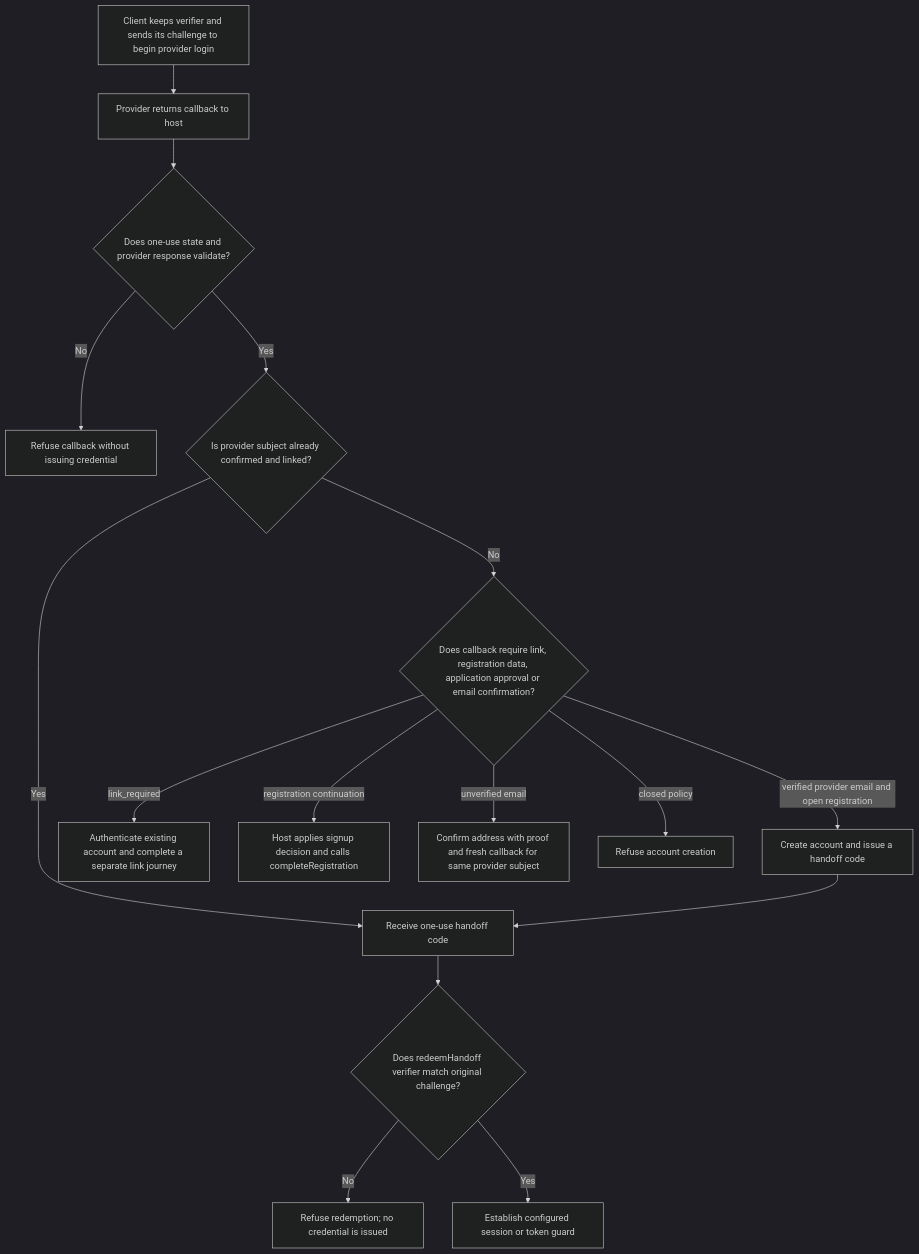
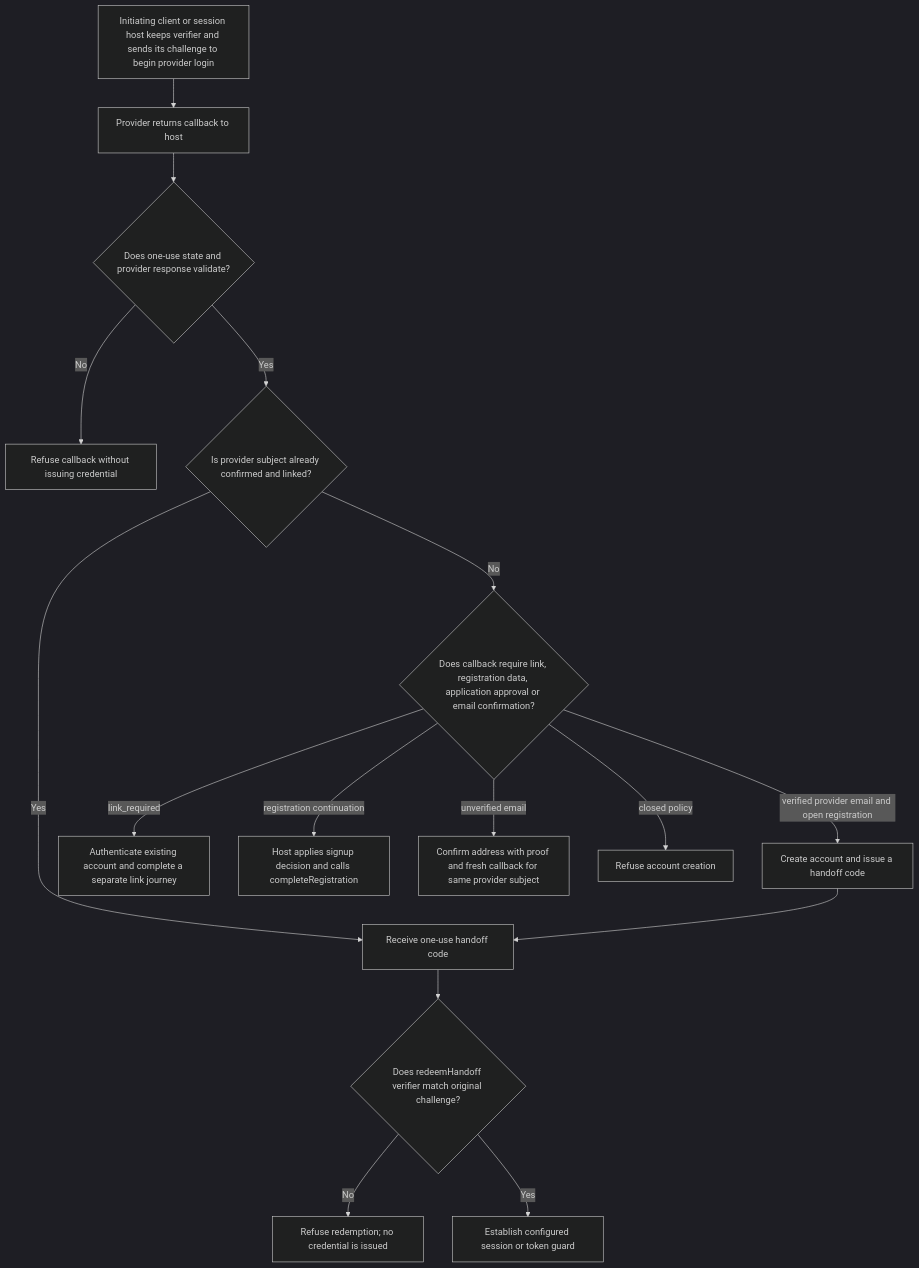
The first of 2 diagrams in user-stories/US-ACCOUNT-20-social-sign-in.md (Kevinjohn/oss-adonisjs-account-kit), drawn with Mermaid (dark theme) before and after one commit. The commit also changed other lines of this file and 15 other files, not shown here.

````diff
--- a/user-stories/US-ACCOUNT-20-social-sign-in.md
+++ b/user-stories/US-ACCOUNT-20-social-sign-in.md
@@ -20,18 +21,18 @@
 ```mermaid
 flowchart TD
- A["Client keeps verifier and sends its challenge to begin provider login"] --> B["Provider returns callback to host"]
+ A["Initiating client or session host keeps verifier and sends its challenge to begin provider login"] --> B["Provider returns callback to host"]
  B --> C{"Does one-use state and provider response validate?"}
  C -->|No| D["Refuse callback without issuing credential"]
  C -->|Yes| E{"Is provider subject already confirmed and linked?"}
  E -->|Yes| F["Receive one-use handoff code"]
  F --> G{"Does redeemHandoff verifier match original challenge?"}
  G -->|No| H["Refuse redemption; no credential is issued"]
  G -->|Yes| I["Establish configured session or token guard"]
  E -->|No| J{"Does callback require link, registration data, application approval or email confirmation?"}
  J -->|link_required| K["Authenticate existing account and complete a separate link journey"]
  J -->|registration continuation| L["Host applies signup decision and calls completeRegistration"]
  J -->|unverified email| M["Confirm address with proof and fresh callback for same provider subject"]
  J -->|closed policy| N["Refuse account creation"]
  J -->|verified provider email and open registration| O["Create account and issue a handoff code"]
  O --> F
 ```
````
